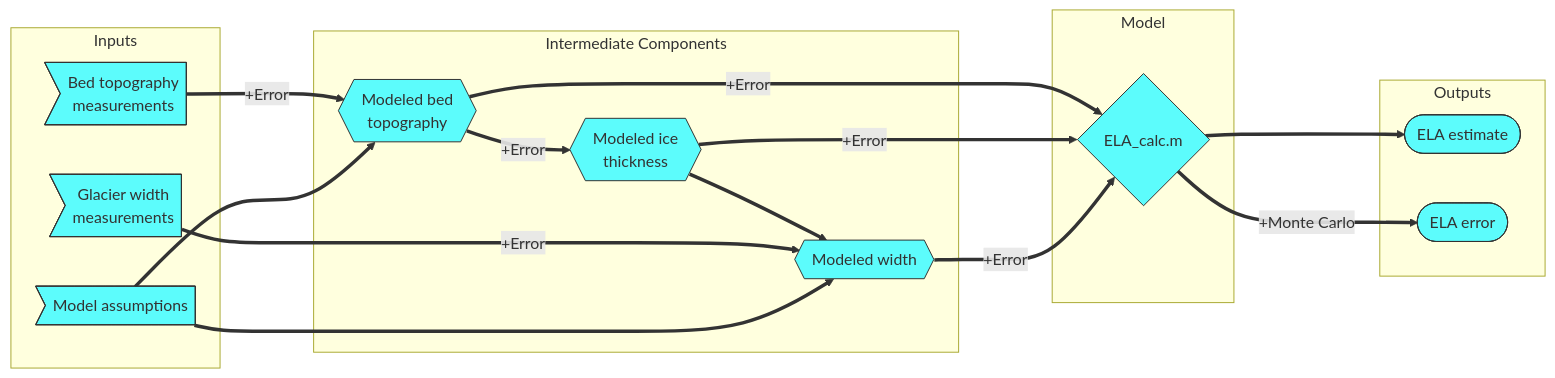
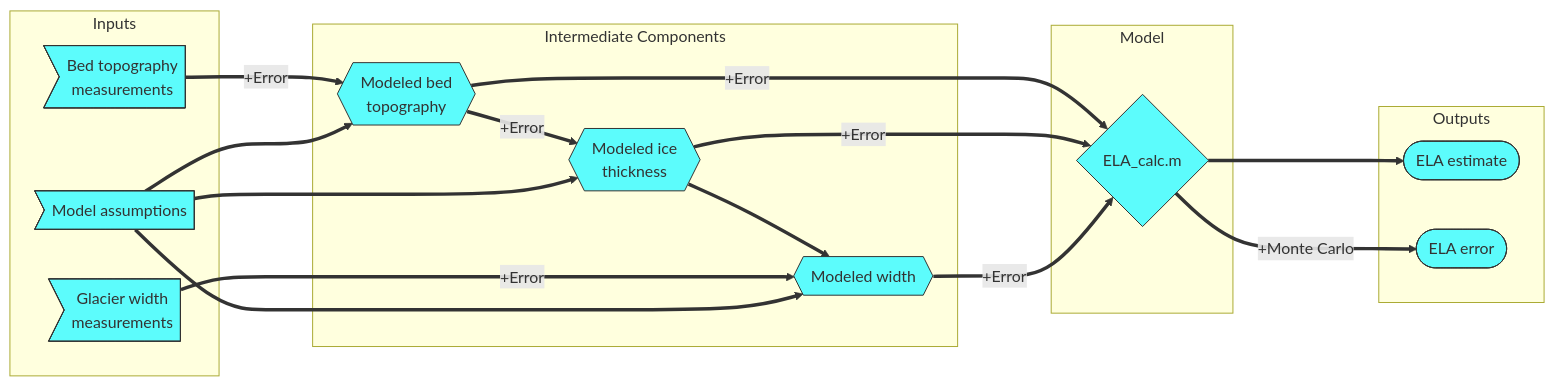
One commit to durbank/ELA-model changed the first of 2 diagrams in Docs/Figures/mermaid-figs.md. Above: the diagram before and after it, drawn with Mermaid. The commit also changed other lines of this file and 4 other files, not shown here.

````diff
--- a/Docs/Figures/mermaid-figs.md
+++ b/Docs/Figures/mermaid-figs.md
@@ -8,33 +8,34 @@
 ```mermaid
 graph LR
     subgraph Inputs
         a1>Bed topography <br>measurements]
         a2>Glacier width <br>measurements]
         a3>Model assumptions]
     end
     subgraph Intermediate Components
         b1{{Modeled bed <br>topography}}
         b2{{Modeled ice <br>thickness}}
         b3{{Modeled width}}
     end
     subgraph Model
         c{ELA_calc.m}
     end
     subgraph Outputs
         d1([ELA estimate])
         d2([ELA error])
     end
     a1 ==>|+Error| b1
     a3 ==> b1
     b1 ==>|+Error| b2
+    a3 ==> b2
     b2 ==> b3
     a2 ==>|+Error| b3
     a3 ==> b3
     b1 ==>|+Error| c
     b2 ==>|+Error| c
     b3 ==>|+Error| c
     c ==> d1
     c ==>|+Monte Carlo| d2
 
 classDef default fill:#5cfcfc,stroke:#333,stroke-width:1px
 ```
````
